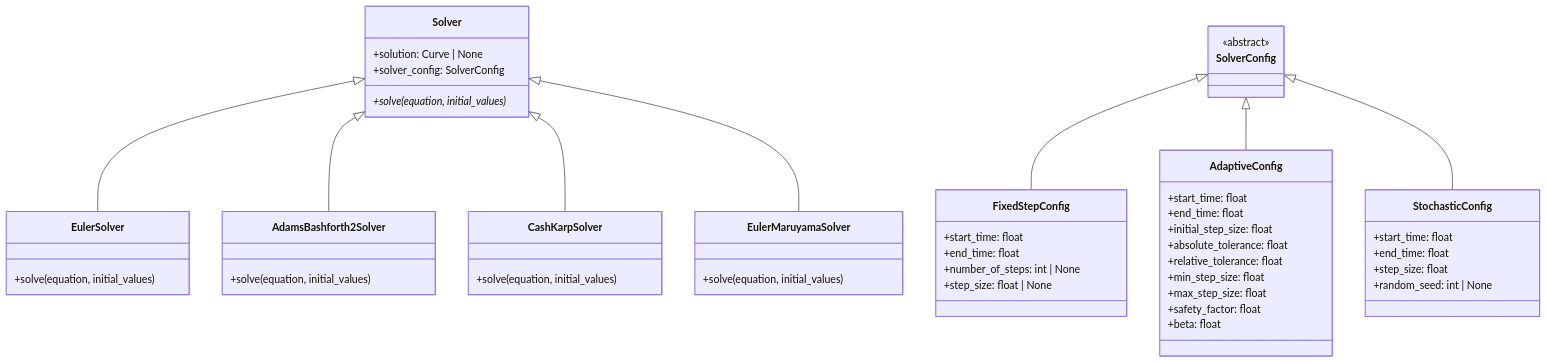
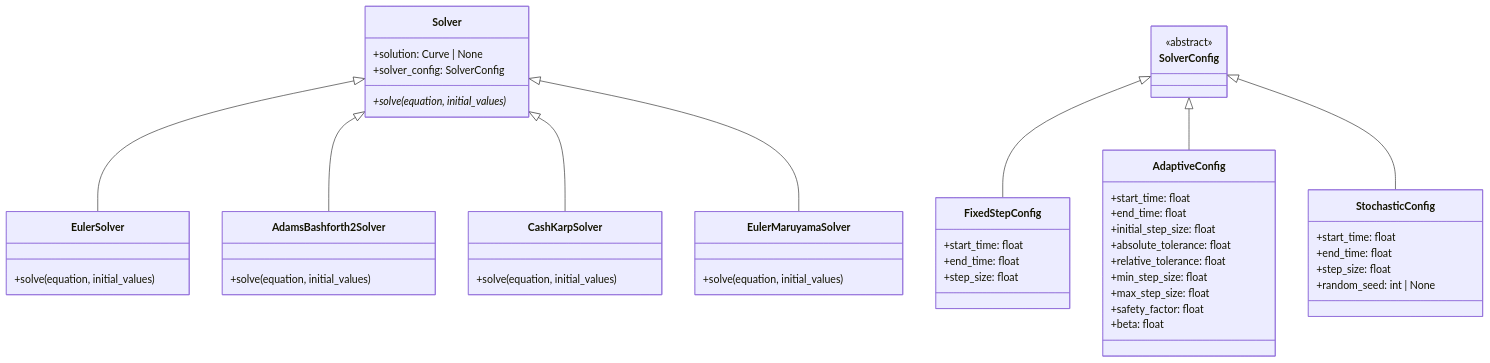
The diagram in discrecontinual_equations/solver/SOLVER.md (snoodleboot-io/discrecontinual_equations), drawn with Mermaid before and after one commit. The commit also changed other lines of this file and 35 other files, not shown here.

````diff
--- a/discrecontinual_equations/solver/SOLVER.md
+++ b/discrecontinual_equations/solver/SOLVER.md
@@ -338,63 +371,62 @@
 ```mermaid
 classDiagram
     class Solver {
         +solution: Curve | None
         +solver_config: SolverConfig
         +solve(equation, initial_values)*
     }
 
     class SolverConfig {
         <<abstract>>
     }
 
     class FixedStepConfig {
         +start_time: float
         +end_time: float
-        +number_of_steps: int | None
-        +step_size: float | None
+        +step_size: float
     }
 
     class AdaptiveConfig {
         +start_time: float
         +end_time: float
         +initial_step_size: float
         +absolute_tolerance: float
         +relative_tolerance: float
         +min_step_size: float
         +max_step_size: float
         +safety_factor: float
         +beta: float
     }
 
     class StochasticConfig {
         +start_time: float
         +end_time: float
         +step_size: float
         +random_seed: int | None
     }
 
     class EulerSolver {
         +solve(equation, initial_values)
     }
 
     class AdamsBashforth2Solver {
         +solve(equation, initial_values)
     }
 
     class CashKarpSolver {
         +solve(equation, initial_values)
     }
 
     class EulerMaruyamaSolver {
         +solve(equation, initial_values)
     }
 
     Solver <|-- EulerSolver
     Solver <|-- AdamsBashforth2Solver
     Solver <|-- CashKarpSolver
     Solver <|-- EulerMaruyamaSolver
 
     SolverConfig <|-- FixedStepConfig
     SolverConfig <|-- AdaptiveConfig
     SolverConfig <|-- StochasticConfig
 ```
````
